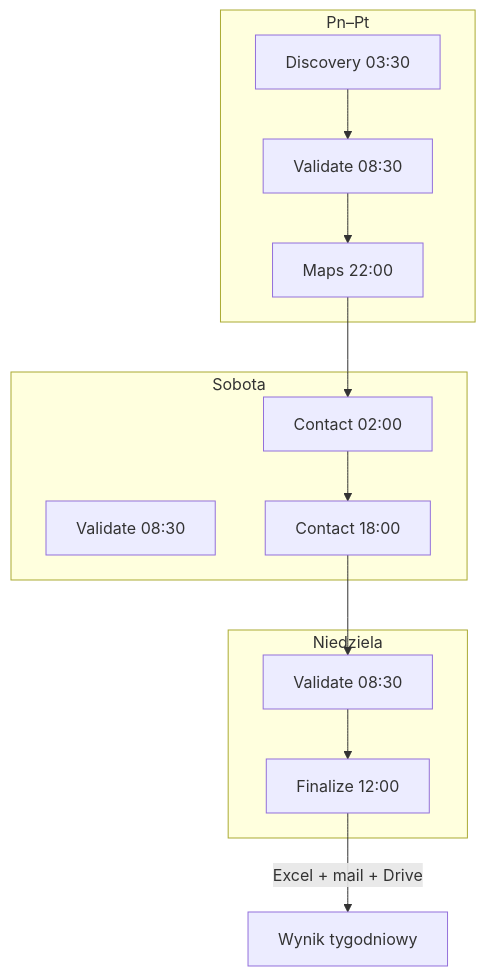
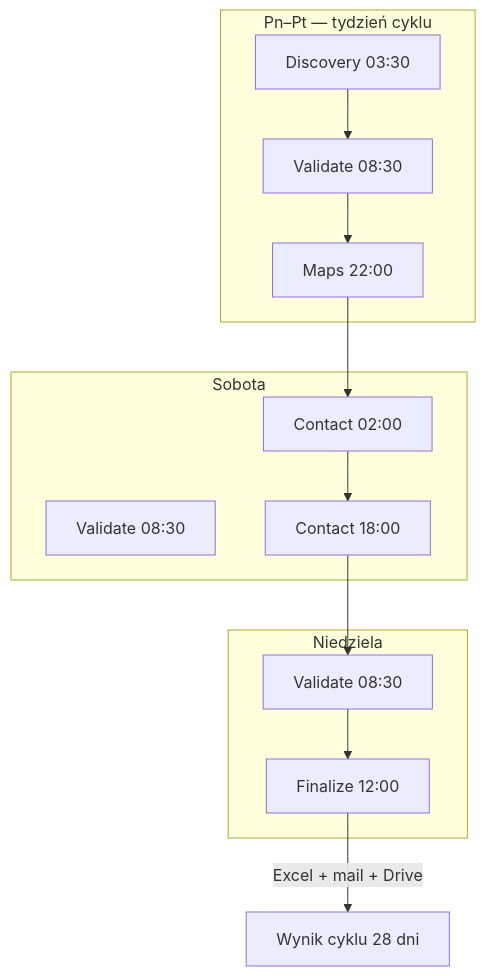
Before and after one commit to Bigmax1993/scraping-sklepow: the diagram in docs/ARCHITEKTURA.md, drawn with Mermaid. The commit also changed other lines of this file and 4 other files, not shown here.

````diff
--- a/docs/ARCHITEKTURA.md
+++ b/docs/ARCHITEKTURA.md
@@ -332,24 +346,24 @@
 ```mermaid
 flowchart TB
-    subgraph weekday [Pn–Pt]
+    subgraph weekday [Pn–Pt — tydzień cyklu]
         D[Discovery 03:30]
         V[Validate 08:30]
         M[Maps 22:00]
     end
     subgraph saturday [Sobota]
         C1[Contact 02:00]
         V2[Validate 08:30]
         C2[Contact 18:00]
     end
     subgraph sunday [Niedziela]
         V3[Validate 08:30]
         F[Finalize 12:00]
     end
     D --> V
     V --> M
     M --> C1
     C1 --> C2
     C2 --> V3
     V3 --> F
-    F -->|Excel + mail + Drive| OUT[Wynik tygodniowy]
+    F -->|Excel + mail + Drive| OUT[Wynik cyklu 28 dni]
 ```
````
